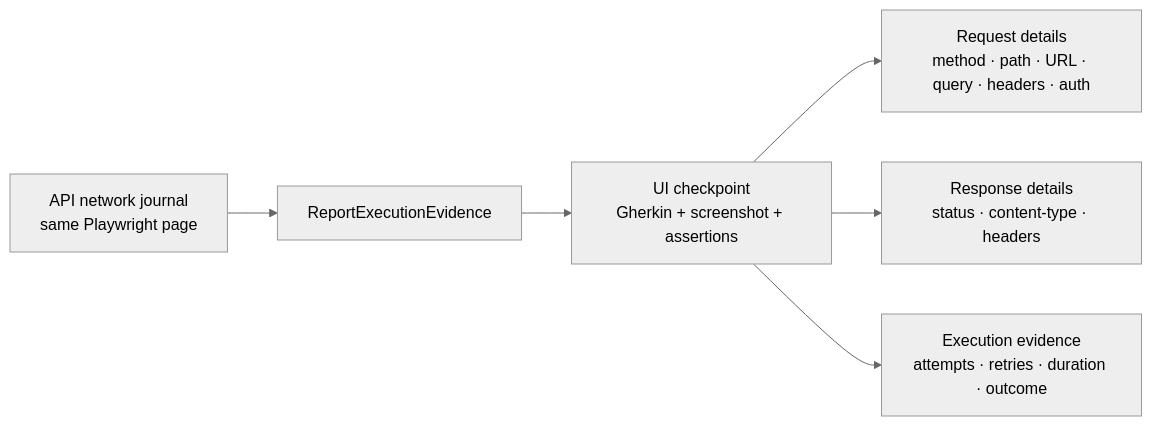
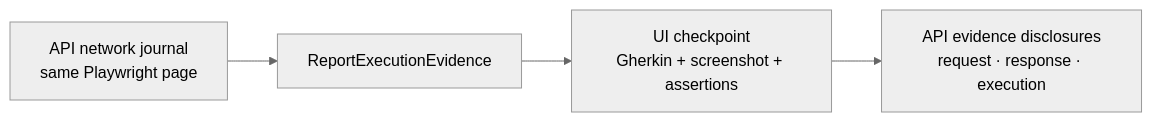
The tenth of 10 diagrams in atf-test-practice-shop/README.md (crististefanita/demo2), drawn with Mermaid (neutral theme) before and after one commit. The commit also changed other lines of this file and 107 other files, not shown here.

````diff
--- a/atf-test-practice-shop/README.md
+++ b/atf-test-practice-shop/README.md
@@ -451,9 +586,7 @@
 ```mermaid
 flowchart LR
     Journal[API network journal<br/>same Playwright page]
       --> Evidence[ReportExecutionEvidence]
     Evidence --> Checkpoint[UI checkpoint<br/>Gherkin + screenshot + assertions]
-    Checkpoint --> Request[Request details<br/>method · path · URL · query · headers · auth]
-    Checkpoint --> Response[Response details<br/>status · content-type · headers]
-    Checkpoint --> Execution[Execution evidence<br/>attempts · retries · duration · outcome]
+    Checkpoint --> Disclosures[API evidence disclosures<br/>request · response · execution]
 ```
````
